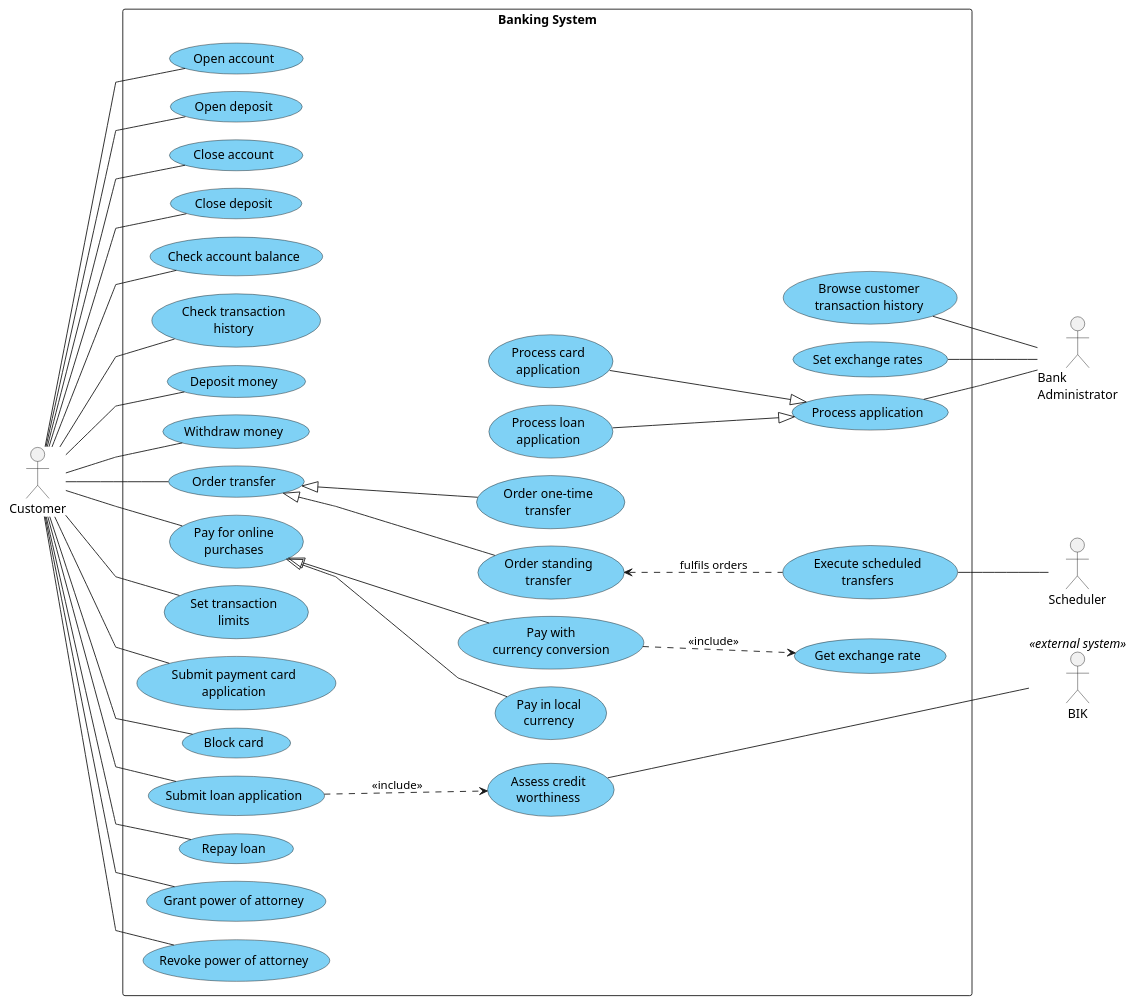
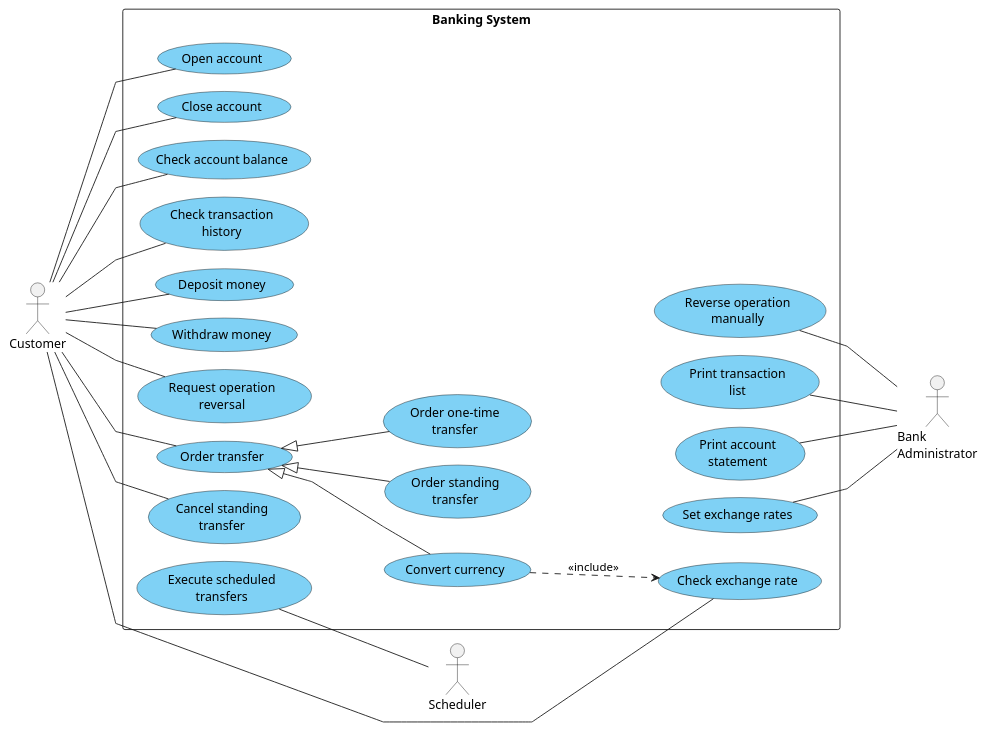
One commit to K0D1Z/software-engineering-project changed the diagram in docs/use_case/use_case.puml. Above: the diagram before and after it, drawn with PlantUML. The commit also changed 7 other files, not shown here.

Commit message:
fix: refactor use-case diagram and remove some wrong UML relations

```diff
--- a/docs/use_case/use_case.puml
+++ b/docs/use_case/use_case.puml
@@ -1,95 +1,66 @@
 @startuml
 left to right direction
 skinparam linetype polyline
 skinparam nodesep 20
 skinparam ranksep 80
 skinparam usecase {
   BackgroundColor #7FD1F5
 }
 
 actor Customer
 actor "Bank\nAdministrator" as Admin
 actor Scheduler
-actor "BIK" as BIK <<external system>>
 
 rectangle "Banking System" {
   usecase "Open account" as UC_OpenAccount
-  usecase "Open deposit" as UC_OpenDeposit
   usecase "Close account" as UC_CloseAccount
-  usecase "Close deposit" as UC_CloseDeposit
   usecase "Check account balance" as UC_AccountBalance
   usecase "Check transaction\nhistory" as UC_History
   usecase "Deposit money" as UC_Deposit
   usecase "Withdraw money" as UC_Withdraw
+  usecase "Request operation\nreversal" as UC_RequestReversal
 
   usecase "Order transfer" as UC_Transfer
   usecase "Order one-time\ntransfer" as UC_OneTimeTransfer
   usecase "Order standing\ntransfer" as UC_StandingTransfer
+  usecase "Convert currency" as UC_ConversionTransfer
+  usecase "Check exchange rate" as UC_GetExchangeRate
+  usecase "Cancel standing\ntransfer" as UC_CancelStandingTransfer
+
   usecase "Execute scheduled\ntransfers" as UC_ScheduledTransfers
-  usecase "Pay for online\npurchases" as UC_OnlinePayment
-  usecase "Pay in local\ncurrency" as UC_LocalCurrencyPayment
-  usecase "Pay with\ncurrency conversion" as UC_ConversionPayment
-  usecase "Get exchange rate" as UC_GetExchangeRate
-  usecase "Set transaction\nlimits" as UC_Limits
-
-  usecase "Submit payment card\napplication" as UC_CardApplication
-  usecase "Block card" as UC_BlockCard
-  usecase "Submit loan application" as UC_LoanApplication
-  usecase "Assess credit\nworthiness" as UC_CreditWorthiness
-  usecase "Repay loan" as UC_RepayLoan
-  usecase "Grant power of attorney" as UC_GrantPoA
-  usecase "Revoke power of attorney" as UC_RevokePoA
-
-  usecase "Process application" as UC_ProcessApplication
-  usecase "Process card\napplication" as UC_ProcessCardApplication
-  usecase "Process loan\napplication" as UC_ProcessLoanApplication
+  usecase "Reverse operation\nmanually" as UC_ReverseOperation
+  usecase "Print transaction\nlist" as UC_PrintHistory
+  usecase "Print account\nstatement" as UC_PrintStatement
   usecase "Set exchange rates" as UC_SetRates
-  usecase "Browse customer\ntransaction history" as UC_CustomerHistory
 }
 
 Customer -- UC_OpenAccount
-Customer -- UC_OpenDeposit
 Customer -- UC_CloseAccount
-Customer -- UC_CloseDeposit
 Customer -- UC_AccountBalance
 Customer -- UC_History
 Customer -- UC_Deposit
 Customer -- UC_Withdraw
+Customer -- UC_RequestReversal
 Customer -- UC_Transfer
-Customer -- UC_OnlinePayment
-Customer -- UC_Limits
-Customer -- UC_CardApplication
-Customer -- UC_BlockCard
-Customer -- UC_LoanApplication
-Customer -- UC_RepayLoan
-Customer -- UC_GrantPoA
-Customer -- UC_RevokePoA
+Customer -- UC_CancelStandingTransfer
+Customer -- UC_GetExchangeRate
 
 UC_Transfer <|-- UC_OneTimeTransfer
 UC_Transfer <|-- UC_StandingTransfer
-UC_OnlinePayment <|-- UC_LocalCurrencyPayment
-UC_OnlinePayment <|-- UC_ConversionPayment
+UC_Transfer <|-- UC_ConversionTransfer
 
-UC_LoanApplication ..> UC_CreditWorthiness : <<include>>
-UC_ConversionPayment ..> UC_GetExchangeRate : <<include>>
-
-UC_ProcessCardApplication --|> UC_ProcessApplication
-UC_ProcessLoanApplication --|> UC_ProcessApplication
-
-UC_StandingTransfer <.. UC_ScheduledTransfers : fulfils orders
+UC_ConversionTransfer ..> UC_GetExchangeRate : <<include>>
 
 UC_ScheduledTransfers -- Scheduler
-UC_CreditWorthiness -- BIK
-UC_ProcessApplication -- Admin
+
+UC_ReverseOperation -- Admin
+UC_PrintHistory -- Admin
+UC_PrintStatement -- Admin
 UC_SetRates -- Admin
-UC_CustomerHistory -- Admin
 
-UC_Withdraw -[hidden]- UC_ProcessCardApplication
-UC_Withdraw -[hidden]- UC_ProcessLoanApplication
-UC_Withdraw -[hidden]- UC_SetRates
-UC_Withdraw -[hidden]- UC_CustomerHistory
-UC_ProcessCardApplication -[hidden]- UC_SetRates
-UC_ProcessCardApplication -[hidden]- UC_CustomerHistory
-UC_GetExchangeRate -[hidden]- BIK
+UC_OneTimeTransfer -[hidden]- UC_ReverseOperation
+UC_OneTimeTransfer -[hidden]- UC_PrintHistory
+UC_OneTimeTransfer -[hidden]- UC_PrintStatement
+UC_OneTimeTransfer -[hidden]- UC_SetRates
 
 @enduml
```
